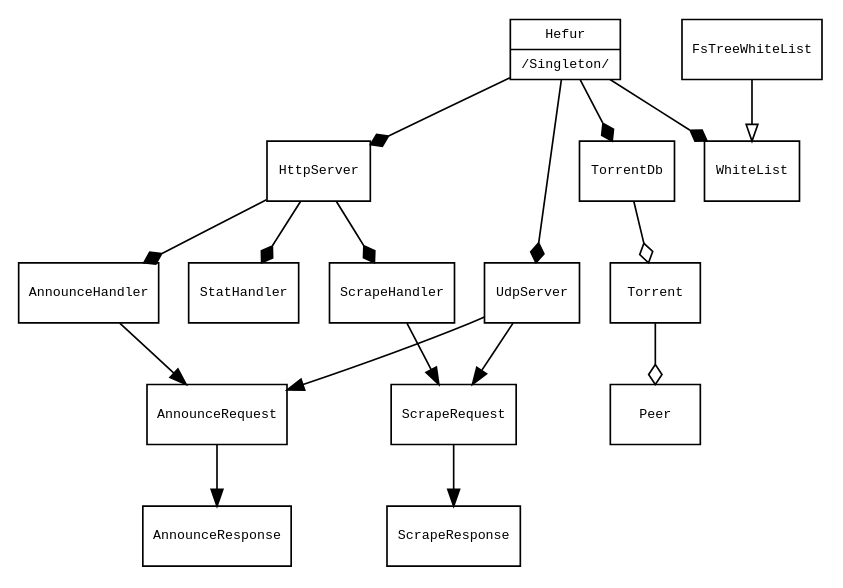
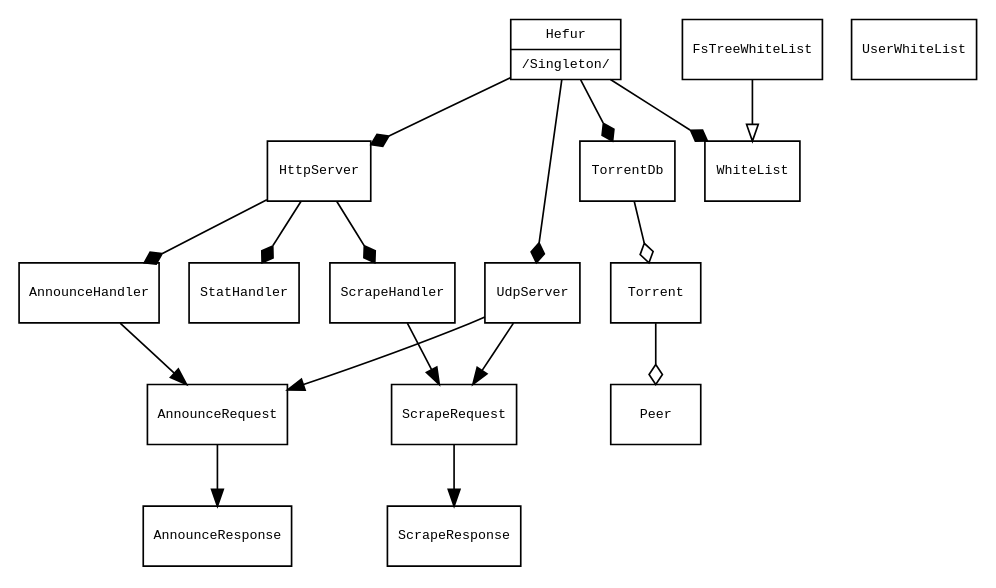
The diagram in design.dot (abique/hefur), drawn with Graphviz before and after one commit. The commit also changed 61 other files, not shown here.

```diff
--- a/design.dot
+++ b/design.dot
@@ -1,49 +1,50 @@
 # dot -T png design.dot >design.png && xv design.png
 
-digraph Twinit
+digraph Hefur
 {
         fontname="monospace";
         fontsize=8;
 
         node [fontname="monospace",fontsize=8,shape="record"];
         edge [fontname="monospace",fontsize=8,shape="record"];
 
         Hefur [shape=record,label="{Hefur|/Singleton/}"];
         TorrentDb;
         Torrent;
         Peer;
         HttpServer;
         AnnounceRequest;
         AnnounceResponse;
         AnnounceHandler;
         ScrapeRequest;
         ScrapeResponse;
         ScrapeHandler;
         StatHandler;
         UdpServer;
         WhiteList;
         FsTreeWhiteList;
+        UserWhiteList;
 
         Hefur -> TorrentDb [arrowhead=diamond];
         Hefur -> WhiteList [arrowhead=diamond];
         Hefur -> HttpServer [arrowhead=diamond];
         Hefur -> UdpServer [arrowhead=diamond];
 
         Torrent -> Peer [arrowhead=odiamond];
 
         TorrentDb -> Torrent [arrowhead=odiamond];
 
         HttpServer -> AnnounceHandler [arrowhead=diamond];
         HttpServer -> ScrapeHandler [arrowhead=diamond];
         HttpServer -> StatHandler [arrowhead=diamond];
 
         FsTreeWhiteList -> WhiteList [arrowhead=onormal];
 
         AnnounceHandler -> AnnounceRequest;
         ScrapeHandler -> ScrapeRequest;
         UdpServer -> AnnounceRequest;
         UdpServer -> ScrapeRequest;
 
         AnnounceRequest -> AnnounceResponse;
         ScrapeRequest -> ScrapeResponse;
 }
```
